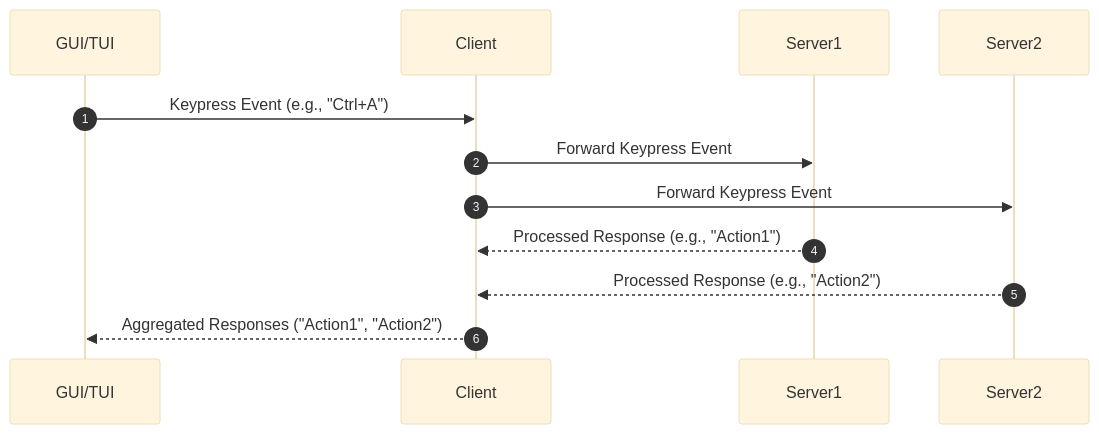
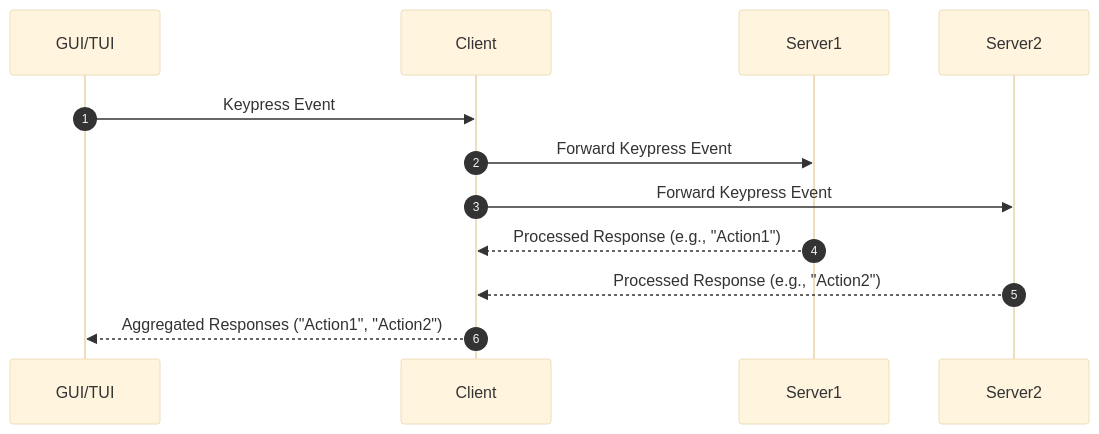
Before and after one commit to udokai-org/udokai: the diagram in README.md, drawn with Mermaid (base theme). The commit also changed other lines of this file and 4 other files, not shown here.

````diff
--- a/README.md
+++ b/README.md
@@ -9,15 +9,15 @@
 ```mermaid
 sequenceDiagram
     autonumber
     participant GUI/TUI
     participant Client
     participant Server1
     participant Server2
 
-    GUI/TUI->>Client: Keypress Event (e.g., "Ctrl+A")
+    GUI/TUI->>Client: Keypress Event 
     Client->>Server1: Forward Keypress Event
     Client->>Server2: Forward Keypress Event
     Server1-->>Client: Processed Response (e.g., "Action1")
     Server2-->>Client: Processed Response (e.g., "Action2")
     Client-->>GUI/TUI: Aggregated Responses ("Action1", "Action2")
 ```
````
